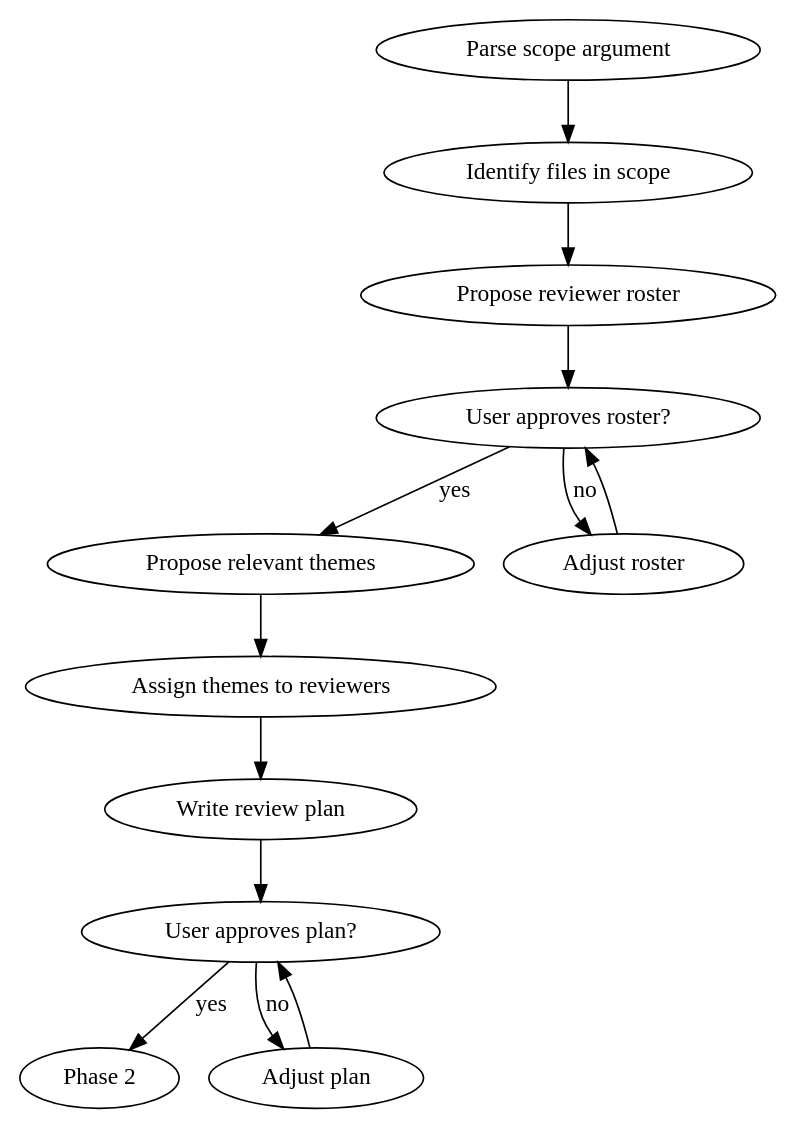
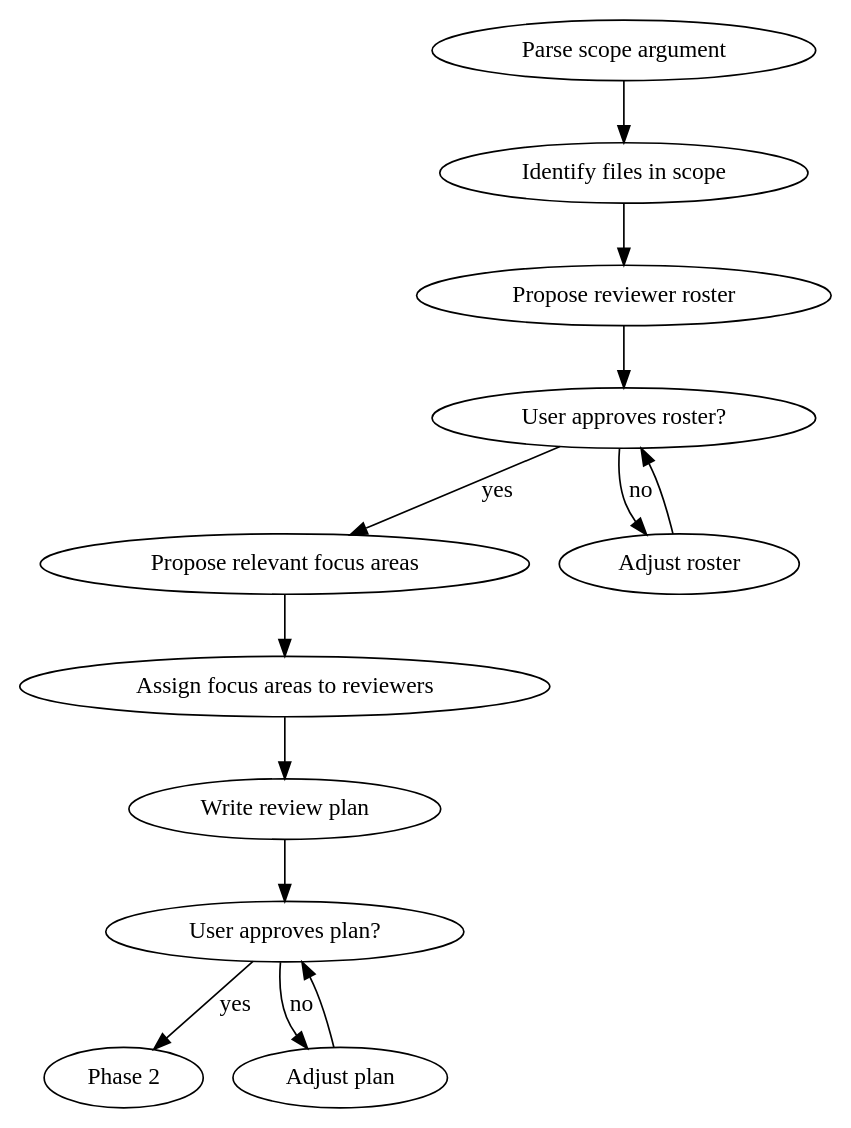
The first of 3 diagrams in skills/triage-review/SKILL.md (QuEraComputing/kirin), drawn with Graphviz before and after one commit. The commit also changed other lines of this file and 25 other files, not shown here.

````diff
--- a/skills/triage-review/SKILL.md
+++ b/skills/triage-review/SKILL.md
@@ -74,16 +66,16 @@
 ```dot
 digraph phase1 {
     "Parse scope argument" -> "Identify files in scope";
     "Identify files in scope" -> "Propose reviewer roster";
     "Propose reviewer roster" -> "User approves roster?";
-    "User approves roster?" -> "Propose relevant themes" [label="yes"];
+    "User approves roster?" -> "Propose relevant focus areas" [label="yes"];
     "User approves roster?" -> "Adjust roster" [label="no"];
     "Adjust roster" -> "User approves roster?";
-    "Propose relevant themes" -> "Assign themes to reviewers";
-    "Assign themes to reviewers" -> "Write review plan";
+    "Propose relevant focus areas" -> "Assign focus areas to reviewers";
+    "Assign focus areas to reviewers" -> "Write review plan";
     "Write review plan" -> "User approves plan?";
     "User approves plan?" -> "Phase 2" [label="yes"];
     "User approves plan?" -> "Adjust plan" [label="no"];
     "Adjust plan" -> "User approves plan?";
 }
 ```
````
